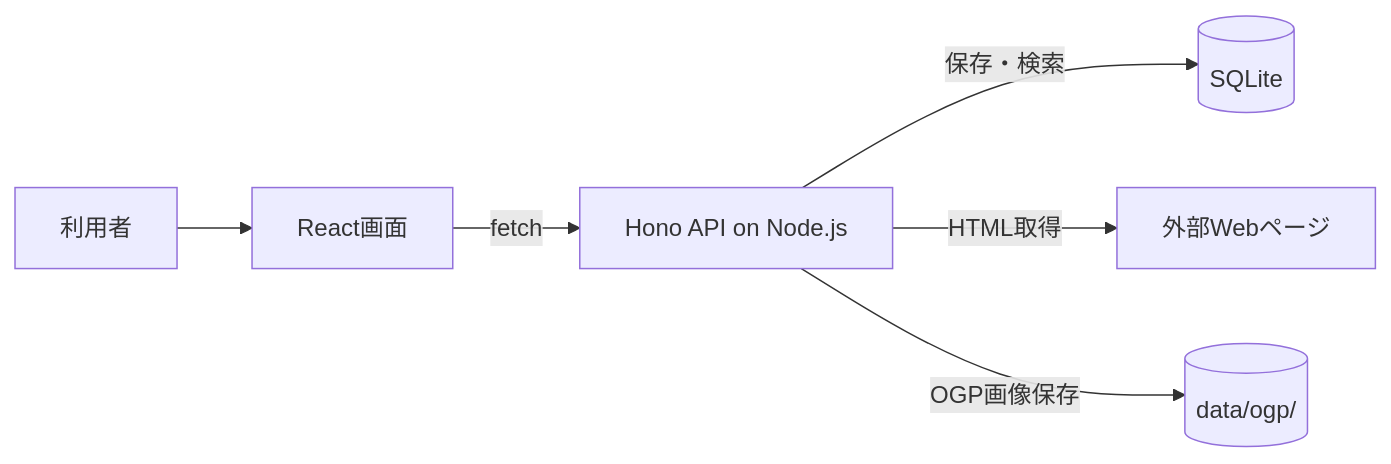
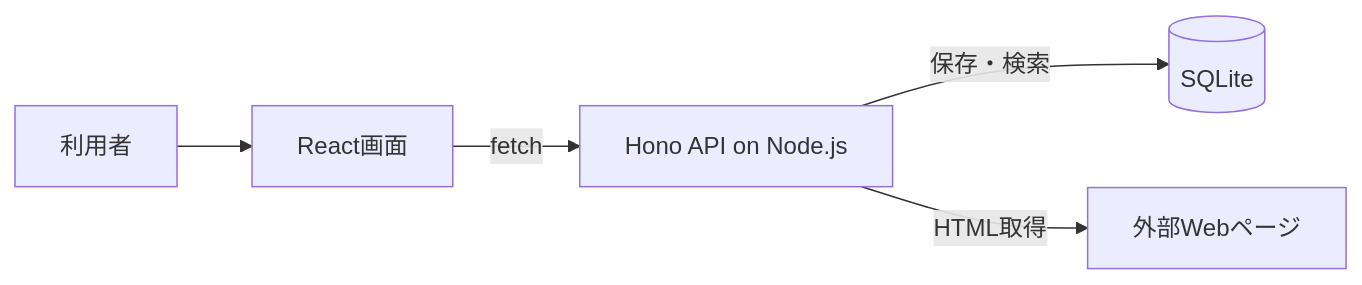
Before and after one commit to goofmint/cr-learning: the diagram in docs/05-application-overview.mdx, drawn with Mermaid. The commit also changed other lines of this file and 28 other files, not shown here.

````diff
--- a/docs/05-application-overview.mdx
+++ b/docs/05-application-overview.mdx
@@ -57,8 +57,7 @@
 ```mermaid
 flowchart LR
   U[利用者] --> C[React画面]
   C -->|fetch| A[Hono API on Node.js]
   A -->|保存・検索| D[(SQLite)]
   A -->|HTML取得| W[外部Webページ]
-  A -->|OGP画像保存| R[(data/ogp/)]
 ```
````
